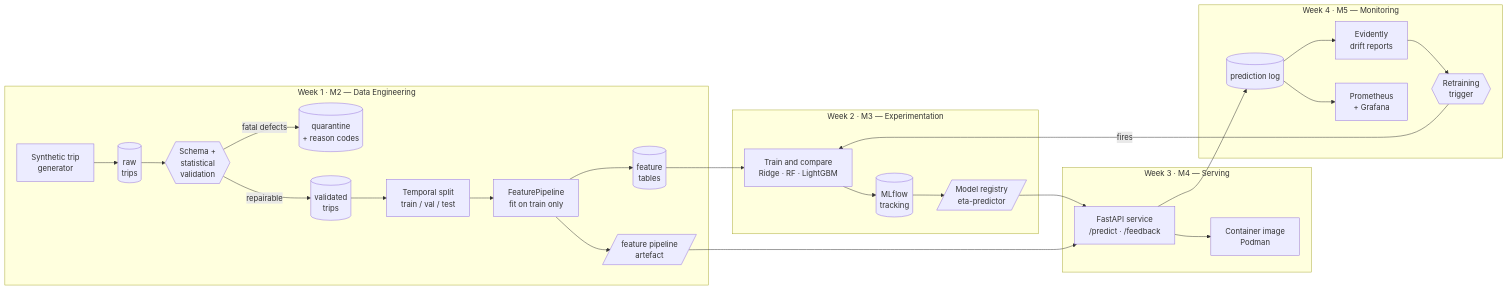
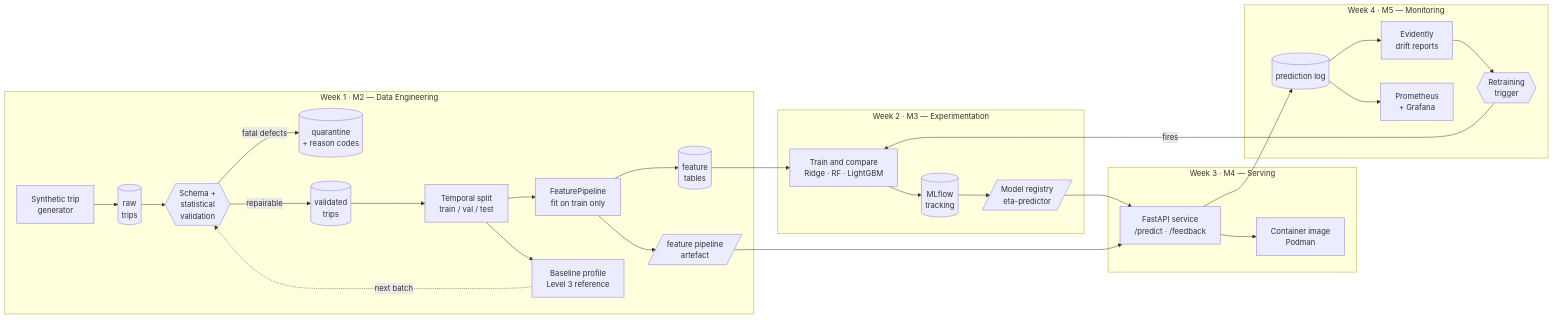
Before and after one commit to 2025paml518-coder/ETA-Prediction-ML-Pipeline: the diagram in README.md, drawn with Mermaid. The commit also changed other lines of this file and 1 other file, not shown here.

````diff
--- a/README.md
+++ b/README.md
@@ -22,33 +22,35 @@
 ```mermaid
 flowchart LR
     subgraph W1["Week 1 · M2 — Data Engineering"]
         GEN[Synthetic trip<br/>generator] --> RAW[(raw<br/>trips)]
         RAW --> VAL{{Schema +<br/>statistical<br/>validation}}
         VAL -->|fatal defects| QUAR[(quarantine<br/>+ reason codes)]
         VAL -->|repairable| CLEAN[(validated<br/>trips)]
         CLEAN --> SPLIT[Temporal split<br/>train / val / test]
         SPLIT --> FEAT[FeaturePipeline<br/>fit on train only]
+        SPLIT --> PROF[Baseline profile<br/>Level 3 reference]
+        PROF -.->|next batch| VAL
         FEAT --> PROC[(feature<br/>tables)]
         FEAT --> FART[/feature pipeline<br/>artefact/]
     end
 
     subgraph W2["Week 2 · M3 — Experimentation"]
         PROC --> TRAIN[Train and compare<br/>Ridge · RF · LightGBM]
         TRAIN --> MLF[(MLflow<br/>tracking)]
         MLF --> REG[/Model registry<br/>eta-predictor/]
     end
 
     subgraph W3["Week 3 · M4 — Serving"]
         REG --> API[FastAPI service<br/>/predict · /feedback]
         FART --> API
         API --> CONT[Container image<br/>Podman]
     end
 
     subgraph W4["Week 4 · M5 — Monitoring"]
         API --> PLOG[(prediction log)]
         PLOG --> DRIFT[Evidently<br/>drift reports]
         PLOG --> PROM[Prometheus<br/>+ Grafana]
         DRIFT --> TRIG{{Retraining<br/>trigger}}
         TRIG -->|fires| TRAIN
     end
 ```
````
